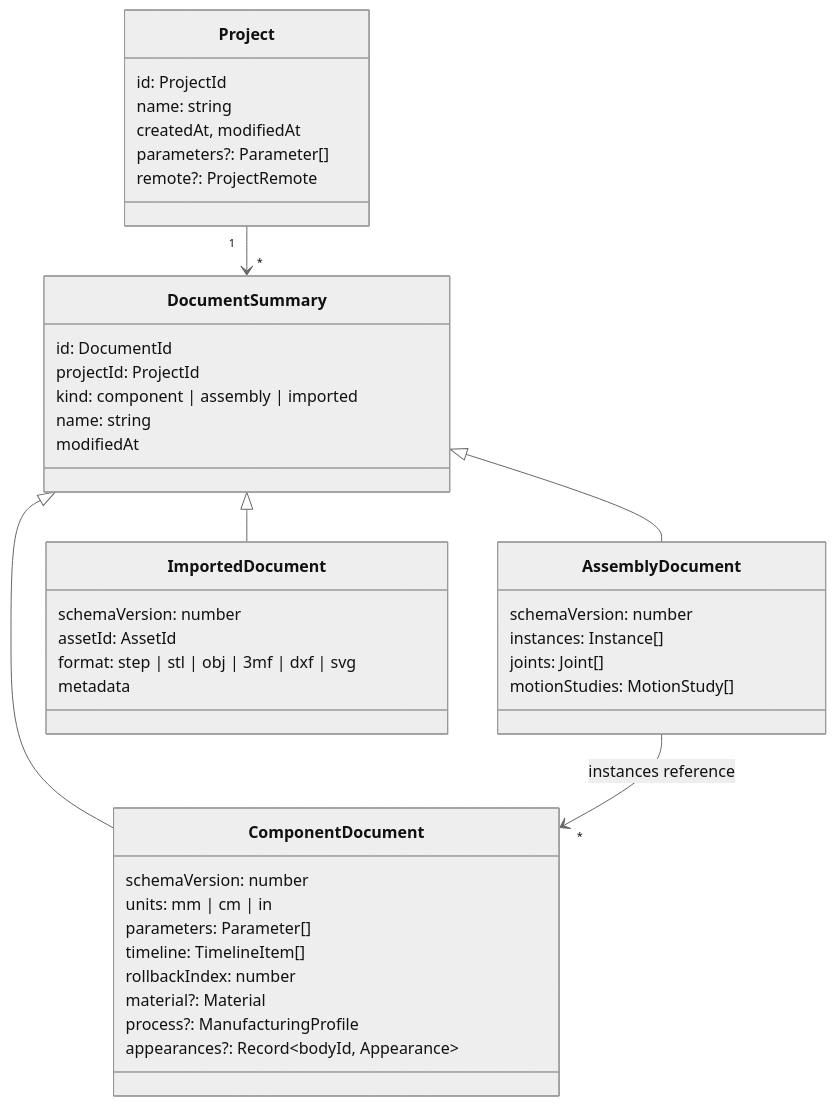
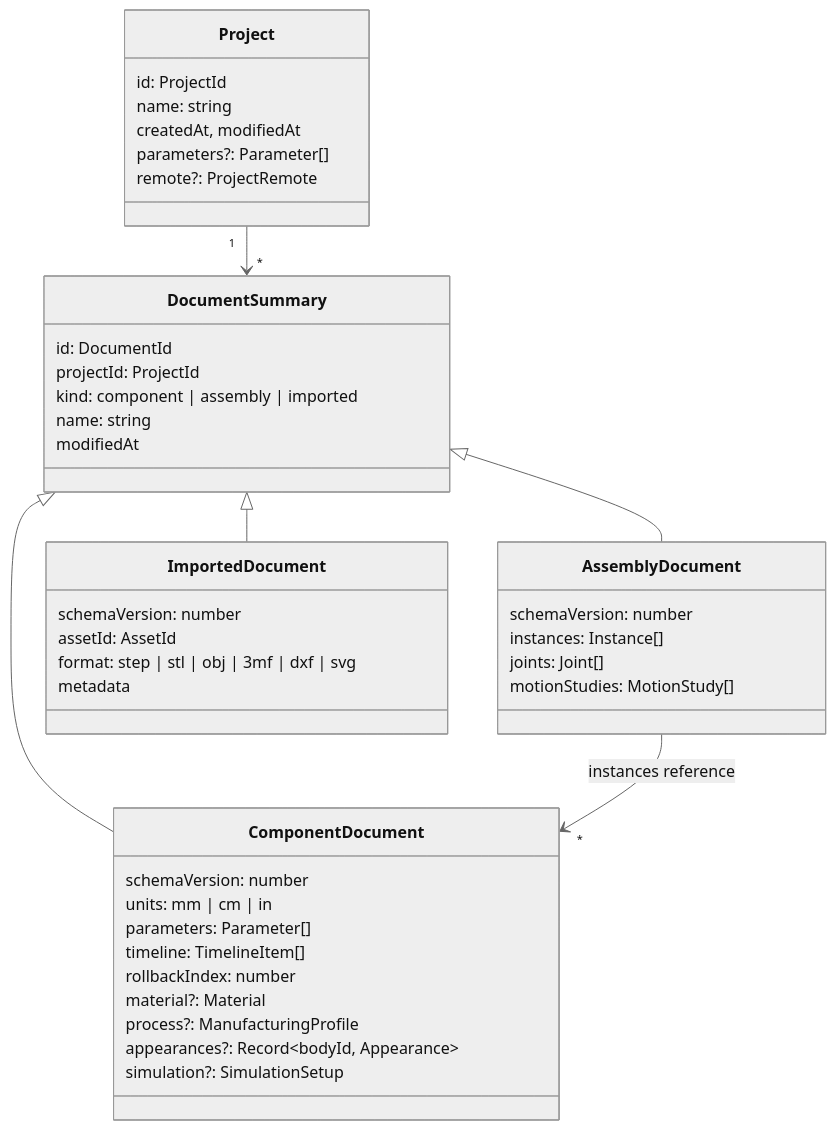
Before and after one commit to h3ll5ur7er/CADence: the diagram in docs/Architecture/Document-model.md, drawn with Mermaid (neutral theme). The commit also changed 34 other files, not shown here.

````diff
--- a/docs/Architecture/Document-model.md
+++ b/docs/Architecture/Document-model.md
@@ -9,44 +9,45 @@
 ```mermaid
 classDiagram
   class Project {
     id: ProjectId
     name: string
     createdAt, modifiedAt
     parameters?: Parameter[]
     remote?: ProjectRemote
   }
   class DocumentSummary {
     id: DocumentId
     projectId: ProjectId
     kind: component | assembly | imported
     name: string
     modifiedAt
   }
   class ComponentDocument {
     schemaVersion: number
     units: mm | cm | in
     parameters: Parameter[]
     timeline: TimelineItem[]
     rollbackIndex: number
     material?: Material
     process?: ManufacturingProfile
     appearances?: Record~bodyId, Appearance~
+    simulation?: SimulationSetup
   }
   class AssemblyDocument {
     schemaVersion: number
     instances: Instance[]
     joints: Joint[]
     motionStudies: MotionStudy[]
   }
   class ImportedDocument {
     schemaVersion: number
     assetId: AssetId
     format: step | stl | obj | 3mf | dxf | svg
     metadata
   }
   Project "1" --> "*" DocumentSummary
   DocumentSummary <|-- ComponentDocument
   DocumentSummary <|-- AssemblyDocument
   DocumentSummary <|-- ImportedDocument
   AssemblyDocument --> "*" ComponentDocument : instances reference
 ```
````
